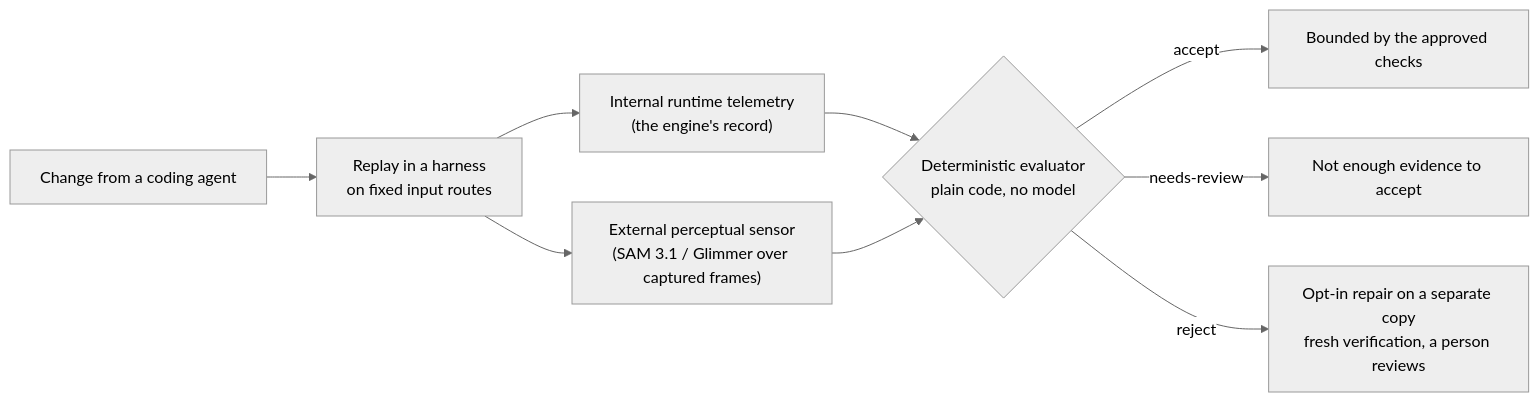
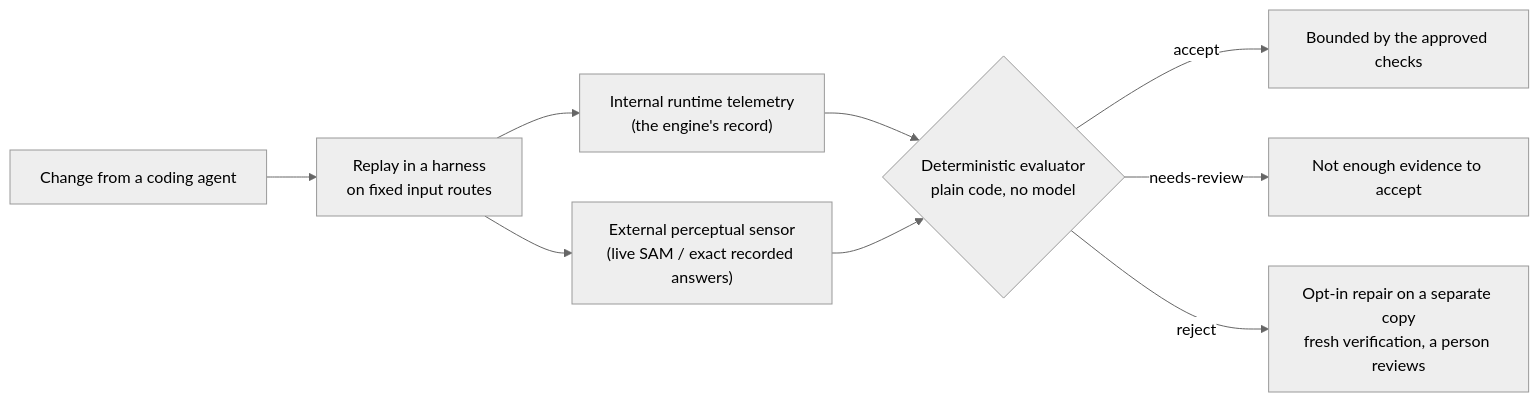
The diagram in README.md (Expectrail/Expectrail), drawn with Mermaid (neutral theme) before and after one commit. The commit also changed other lines of this file and 12 other files, not shown here.

````diff
--- a/README.md
+++ b/README.md
@@ -42,11 +42,11 @@
 ```mermaid
 flowchart LR
   A["Change from a coding agent"] --> B["Replay in a harness<br/>on fixed input routes"]
   B --> C["Internal runtime telemetry<br/>(the engine's record)"]
-  B --> D["External perceptual sensor<br/>(SAM 3.1 / Glimmer over captured frames)"]
+  B --> D["External perceptual sensor<br/>(live SAM / exact recorded answers)"]
   C --> E{"Deterministic evaluator<br/>plain code, no model"}
   D --> E
   E -->|accept| F["Bounded by the approved checks"]
   E -->|needs-review| G["Not enough evidence to accept"]
   E -->|reject| H["Opt-in repair on a separate copy<br/>fresh verification, a person reviews"]
 ```
````
